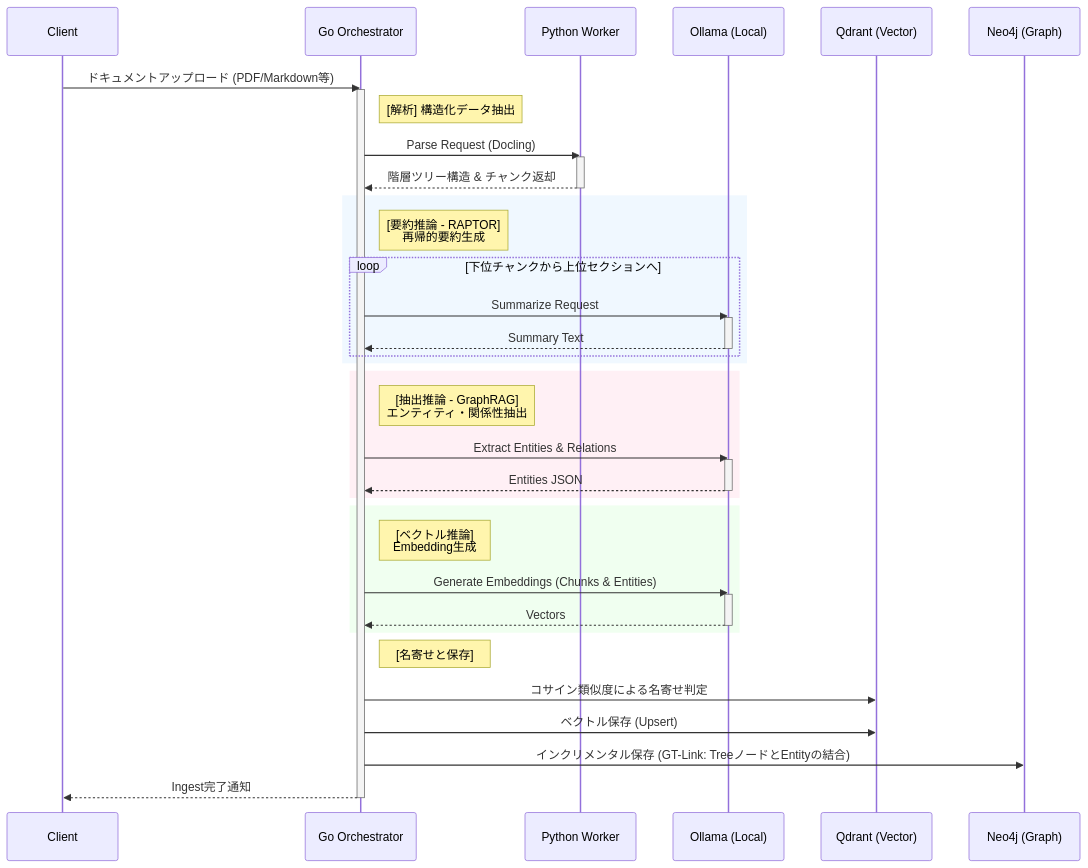
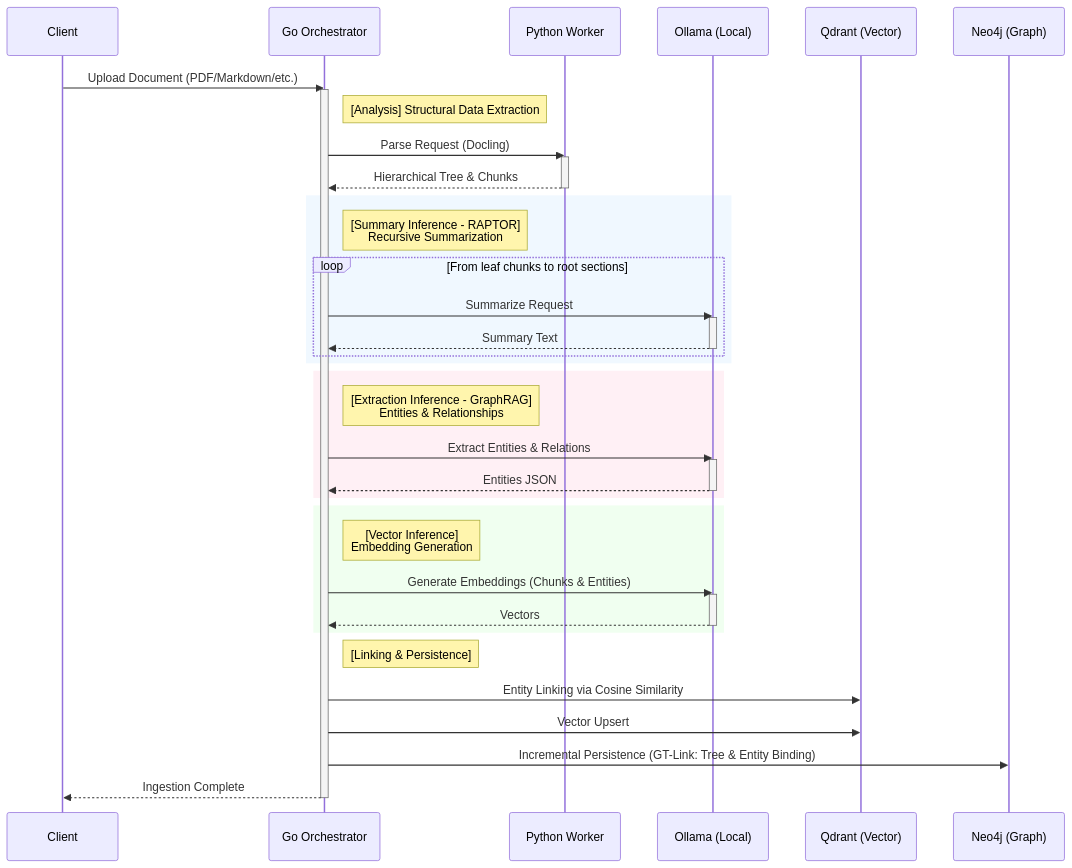
One commit to tamara1031/booksage changed the first of 2 diagrams in docs/ALGORITHMS.md. Above: the diagram before and after it, drawn with Mermaid. The commit also changed other lines of this file and 1 other file, not shown here.

Commit message:
docs: Translate algorithm and roadmap documentation from Japanese to English.

````diff
--- a/docs/ALGORITHMS.md
+++ b/docs/ALGORITHMS.md
@@ -11,57 +11,57 @@
 ```mermaid
 sequenceDiagram
     participant Client
     participant Go as Go Orchestrator
     participant Py as Python Worker
     participant LLM as Ollama (Local)
     participant Vec as Qdrant (Vector)
     participant Graph as Neo4j (Graph)
 
-    Client->>Go: ドキュメントアップロード (PDF/Markdown等)
+    Client->>Go: Upload Document (PDF/Markdown/etc.)
     activate Go
 
-    %% 解析フェーズ
-    Note right of Go: [解析] 構造化データ抽出
+    %% Analysis Phase
+    Note right of Go: [Analysis] Structural Data Extraction
     Go->>Py: Parse Request (Docling)
     activate Py
-    Py-->>Go: 階層ツリー構造 & チャンク返却
+    Py-->>Go: Hierarchical Tree & Chunks
     deactivate Py
 
-    %% 要約推論フェーズ (RAPTOR)
+    %% Summary Inference Phase (RAPTOR)
     rect rgb(240, 248, 255)
-        Note right of Go: [要約推論 - RAPTOR]<br/>再帰的要約生成
-        loop 下位チャンクから上位セクションへ
+        Note right of Go: [Summary Inference - RAPTOR]<br/>Recursive Summarization
+        loop From leaf chunks to root sections
             Go->>LLM: Summarize Request
             activate LLM
             LLM-->>Go: Summary Text
             deactivate LLM
         end
     end
 
-    %% 抽出推論フェーズ (GraphRAG)
+    %% Extraction Inference Phase (GraphRAG)
     rect rgb(255, 240, 245)
-        Note right of Go: [抽出推論 - GraphRAG]<br/>エンティティ・関係性抽出
+        Note right of Go: [Extraction Inference - GraphRAG]<br/>Entities & Relationships
         Go->>LLM: Extract Entities & Relations
         activate LLM
         LLM-->>Go: Entities JSON
         deactivate LLM
     end
 
-    %% ベクトル化フェーズ
+    %% Vectorization Phase
     rect rgb(240, 255, 240)
-        Note right of Go: [ベクトル推論]<br/>Embedding生成
+        Note right of Go: [Vector Inference]<br/>Embedding Generation
         Go->>LLM: Generate Embeddings (Chunks & Entities)
         activate LLM
         LLM-->>Go: Vectors
         deactivate LLM
     end
 
-    %% 保存フェーズ
-    Note right of Go: [名寄せと保存]
-    Go->>Vec: コサイン類似度による名寄せ判定
-    Go->>Vec: ベクトル保存 (Upsert)
-    Go->>Graph: インクリメンタル保存 (GT-Link: TreeノードとEntityの結合)
+    %% Persistence Phase
+    Note right of Go: [Linking & Persistence]
+    Go->>Vec: Entity Linking via Cosine Similarity
+    Go->>Vec: Vector Upsert
+    Go->>Graph: Incremental Persistence (GT-Link: Tree & Entity Binding)
 
-    Go-->>Client: Ingest完了通知
+    Go-->>Client: Ingestion Complete
     deactivate Go
 ```
````
